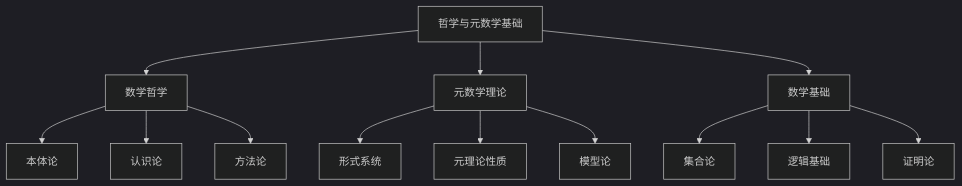
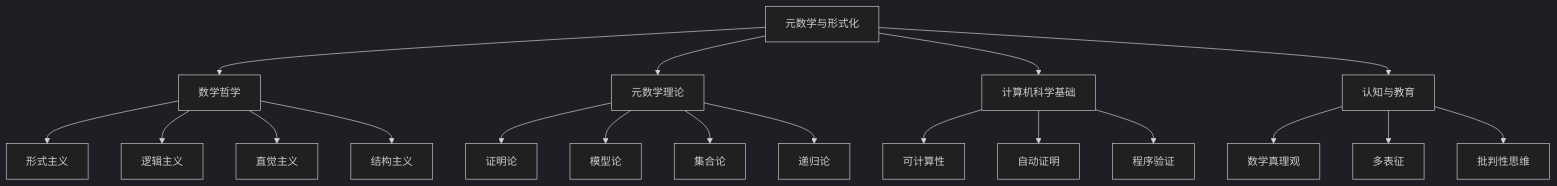
Before and after one commit to AdaMartin18010/Mathematics: the diagram in Math/Refactor/01-数学哲学-元数学与形式化/00-哲学与元数学基础总览.md, drawn with Mermaid (dark theme). The commit also changed other lines of this file and 33 other files, not shown here.

````diff
--- a/Math/Refactor/01-数学哲学-元数学与形式化/00-哲学与元数学基础总览.md
+++ b/Math/Refactor/01-数学哲学-元数学与形式化/00-哲学与元数学基础总览.md
@@ -139,18 +17,25 @@
 ```mermaid
-graph TD
-    A[哲学与元数学基础] --> B[数学哲学]
-    A --> C[元数学理论]
-    A --> D[数学基础]
-    
-    B --> B1[本体论]
-    B --> B2[认识论]
-    B --> B3[方法论]
-    
-    C --> C1[形式系统]
-    C --> C2[元理论性质]
-    C --> C3[模型论]
-    
-    D --> D1[集合论]
-    D --> D2[逻辑基础]
-    D --> D3[证明论]
+graph TD;
+    A[元数学与形式化] --> B[数学哲学];
+    A --> C[元数学理论];
+    A --> D[计算机科学基础];
+    A --> E[认知与教育];
+
+    B --> B1[形式主义];
+    B --> B2[逻辑主义];
+    B --> B3[直觉主义];
+    B --> B4[结构主义];
+
+    C --> C1[证明论];
+    C --> C2[模型论];
+    C --> C3[集合论];
+    C --> C4[递归论];
+
+    D --> D1[可计算性];
+    D --> D2[自动证明];
+    D --> D3[程序验证];
+
+    E --> E1[数学真理观];
+    E --> E2[多表征];
+    E --> E3[批判性思维];
 ```
````
